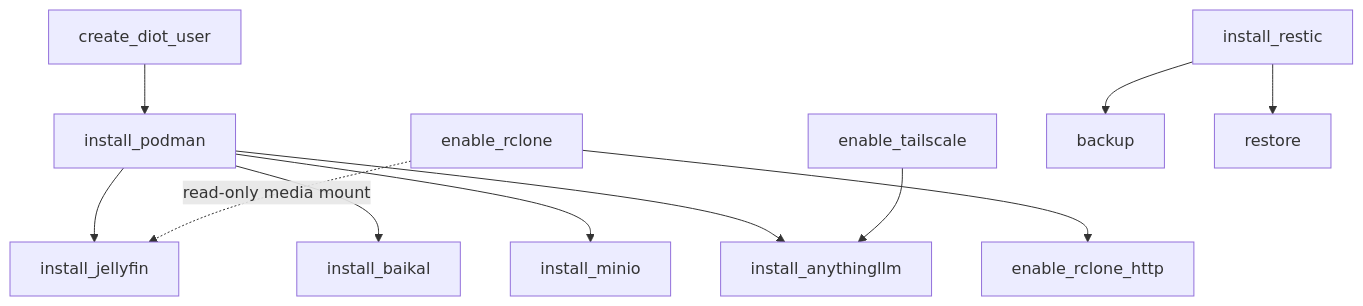
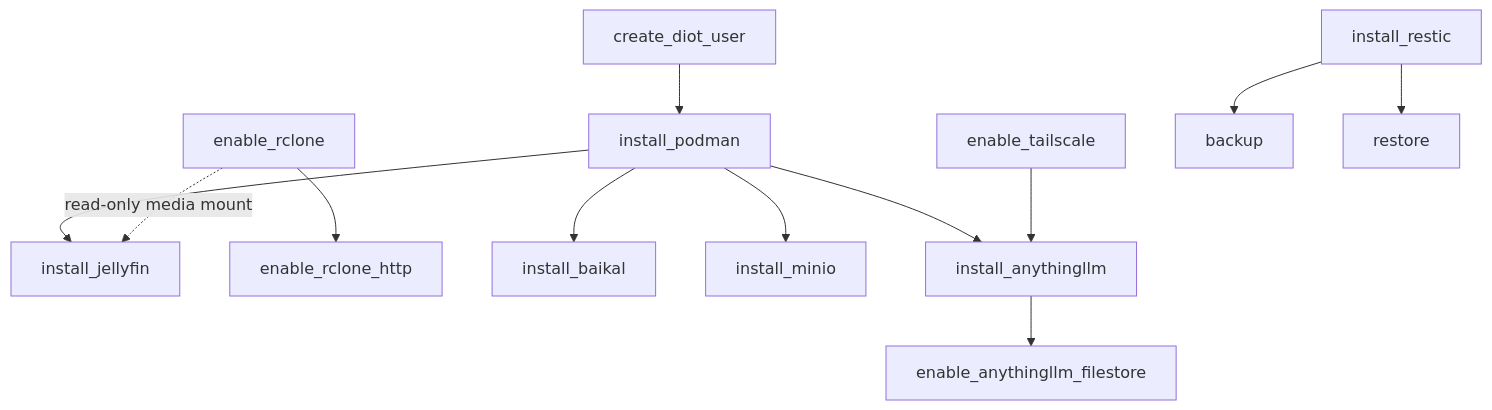
One commit to BinaryBand/strata changed the diagram in README.md. Above: the diagram before and after it, drawn with Mermaid. The commit also changed other lines of this file and 5 other files, not shown here.

First line of the commit message:
feat(services): add enable_anythingllm_filestore runbook

````diff
--- a/README.md
+++ b/README.md
@@ -96,13 +96,14 @@
 ```mermaid
 flowchart TD
     diot[create_diot_user] --> podman[install_podman]
     podman --> jellyfin[install_jellyfin]
     rclone[enable_rclone] -. read-only media mount .-> jellyfin
     rclone --> rclone_http[enable_rclone_http]
     podman --> baikal[install_baikal]
     podman --> minio[install_minio]
     podman --> anythingllm[install_anythingllm]
     tailscale[enable_tailscale] --> anythingllm
+    anythingllm --> anythingllm_filestore[enable_anythingllm_filestore]
     restic[install_restic] --> backup[backup]
     restic --> restore[restore]
 ```
````
